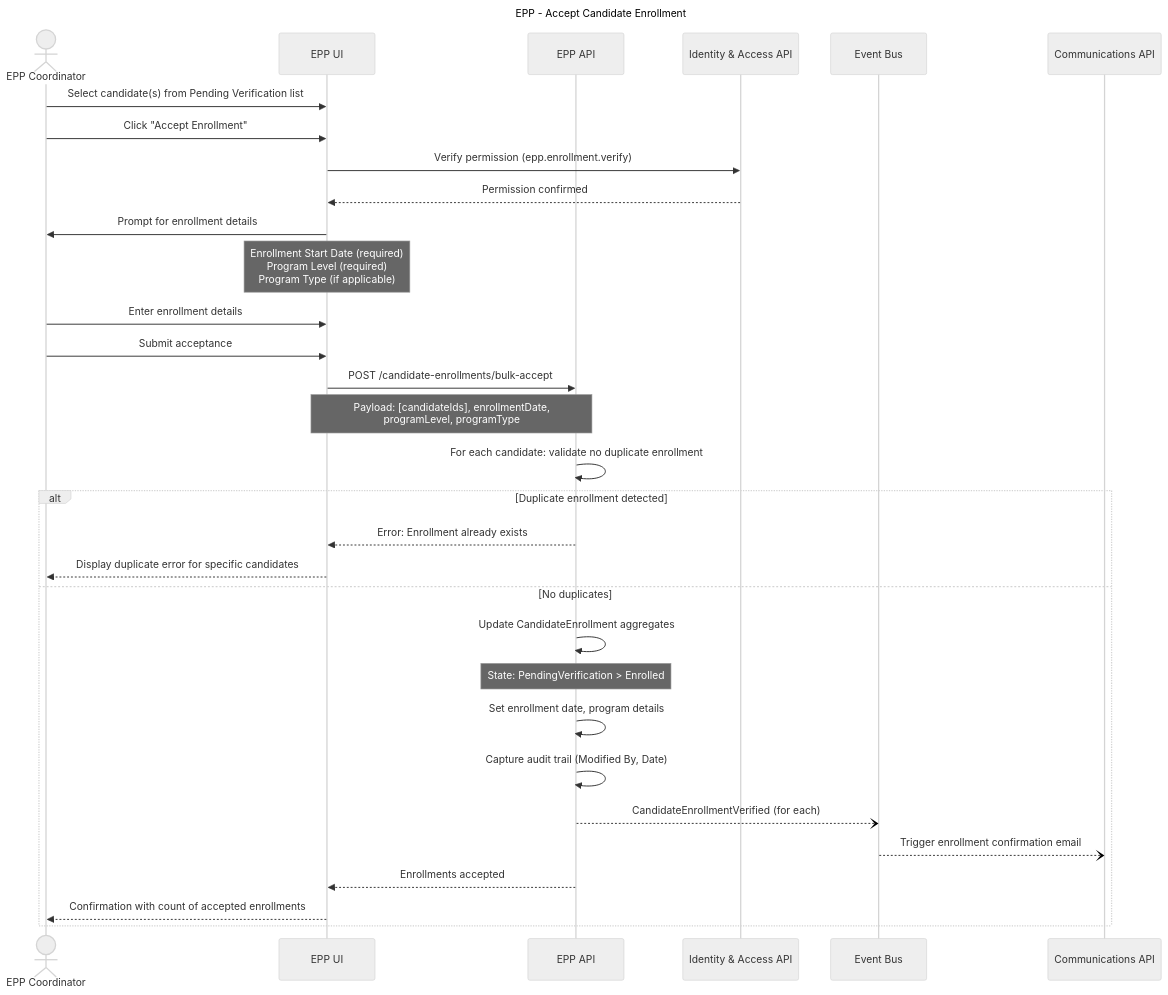
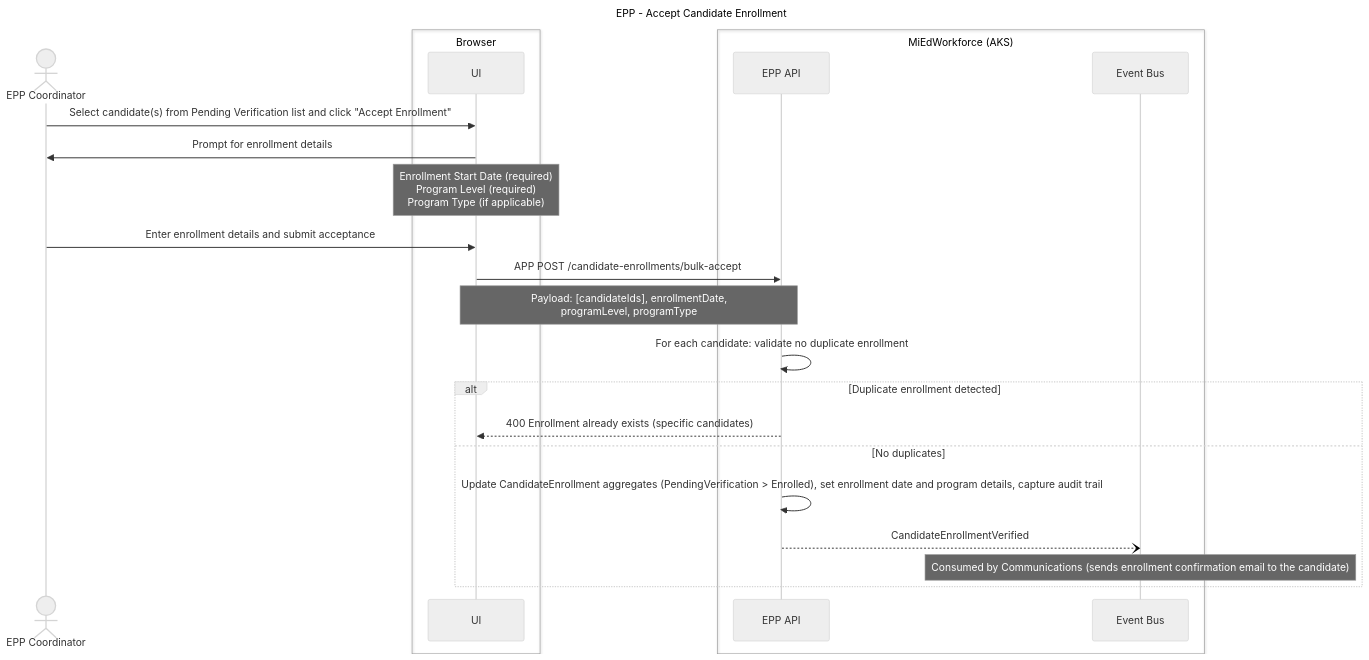
Before and after one commit to mnichols-dl/mied-design: the ninth of 29 diagrams in working-docs/solution-areas/epp/epp-sequences.md, drawn with Mermaid (neutral theme). The commit also changed other lines of this file and 34 other files, not shown here.

Commit message:
Update sequences and perform RTM assessment

````diff
--- a/working-docs/solution-areas/epp/epp-sequences.md
+++ b/working-docs/solution-areas/epp/epp-sequences.md
@@ -457,45 +477,34 @@
 ```mermaid
 ---
 title: EPP - Accept Candidate Enrollment
 ---
 sequenceDiagram
     actor Coordinator as EPP Coordinator
-    participant UI as EPP UI
-    participant EPPService as EPP API
-    participant IAM as Identity & Access API
+    box Browser
+    participant UI as UI
+    end
+    box MiEdWorkforce (AKS)
+    participant EppApi as EPP API
     participant EventBus as Event Bus
-    participant CommService as Communications API
-    
-    Coordinator->>UI: Select candidate(s) from Pending Verification list
-    Coordinator->>UI: Click "Accept Enrollment"
-    
-    UI->>IAM: Verify permission (epp.enrollment.verify)
-    IAM-->>UI: Permission confirmed
-    
+    end
+
+    Coordinator->>UI: Select candidate(s) from Pending Verification list and click "Accept Enrollment"
+
     UI->>Coordinator: Prompt for enrollment details
     Note over UI: Enrollment Start Date (required)<br/>Program Level (required)<br/>Program Type (if applicable)
-    
-    Coordinator->>UI: Enter enrollment details
-    Coordinator->>UI: Submit acceptance
-    
-    UI->>EPPService: POST /candidate-enrollments/bulk-accept
-    Note over UI,EPPService: Payload: [candidateIds], enrollmentDate,<br/>programLevel, programType
-    
-    EPPService->>EPPService: For each candidate: validate no duplicate enrollment
-    
+
+    Coordinator->>UI: Enter enrollment details and submit acceptance
+
+    UI->>EppApi: APP POST /candidate-enrollments/bulk-accept
+    Note over UI,EppApi: Payload: [candidateIds], enrollmentDate,<br/>programLevel, programType
+
+    EppApi->>EppApi: For each candidate: validate no duplicate enrollment
+
     alt Duplicate enrollment detected
-        EPPService-->>UI: Error: Enrollment already exists
-        UI-->>Coordinator: Display duplicate error for specific candidates
+        EppApi-->>UI: 400 Enrollment already exists (specific candidates)
     else No duplicates
-        EPPService->>EPPService: Update CandidateEnrollment aggregates
-        Note over EPPService: State: PendingVerification > Enrolled
-        EPPService->>EPPService: Set enrollment date, program details
-        EPPService->>EPPService: Capture audit trail (Modified By, Date)
-        
-        EPPService--)EventBus: CandidateEnrollmentVerified (for each)
-        EventBus--)CommService: Trigger enrollment confirmation email
-        
-        EPPService-->>UI: Enrollments accepted
-        UI-->>Coordinator: Confirmation with count of accepted enrollments
+        EppApi->>EppApi: Update CandidateEnrollment aggregates (PendingVerification > Enrolled), set enrollment date and program details, capture audit trail
+        EppApi--)EventBus: CandidateEnrollmentVerified
+        Note over EventBus: Consumed by Communications (sends enrollment confirmation email to the candidate)
     end
 ```
````
